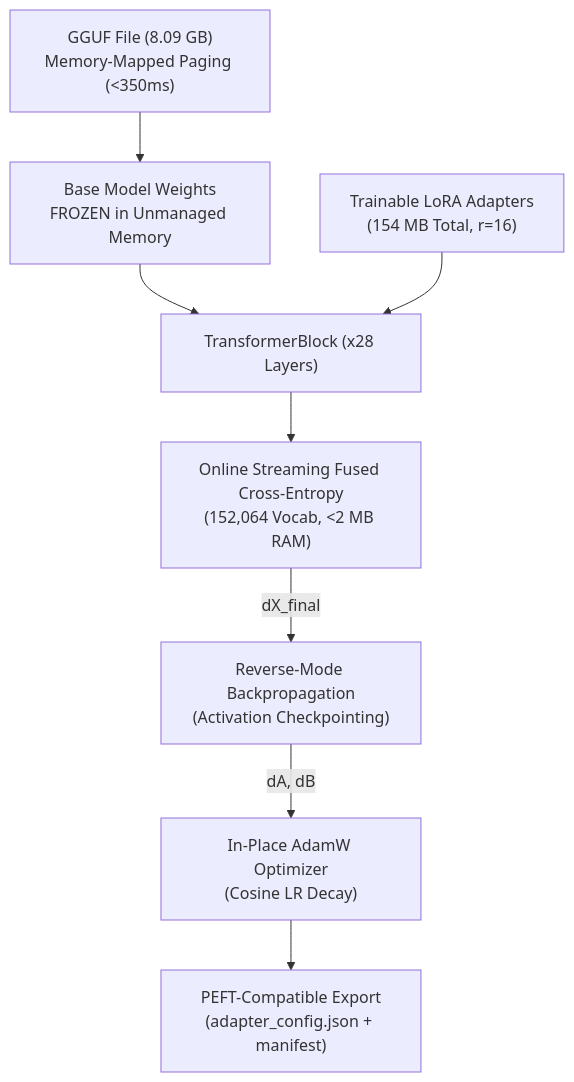
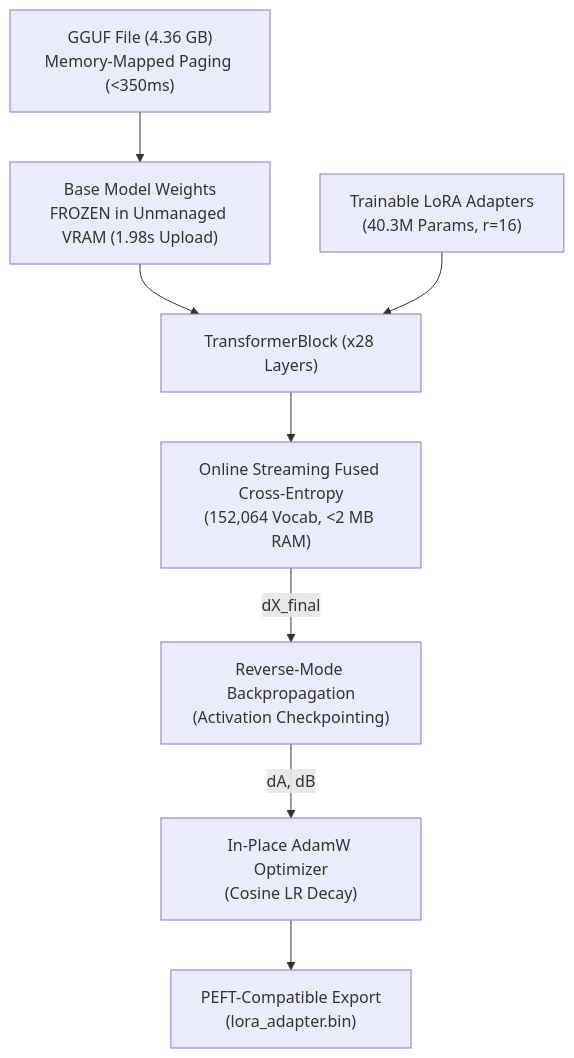
The diagram in README.md (ian-cowley/Glacier.Tune), drawn with Mermaid before and after one commit. The commit also changed other lines of this file and 13 other files, not shown here.

````diff
--- a/README.md
+++ b/README.md
@@ -55,10 +59,10 @@
 ```mermaid
 graph TD
-    A["GGUF File (8.09 GB)<br/>Memory-Mapped Paging (&lt;350ms)"] --> B["Base Model Weights<br/>FROZEN in Unmanaged Memory"]
+    A["GGUF File (4.36 GB)<br/>Memory-Mapped Paging (&lt;350ms)"] --> B["Base Model Weights<br/>FROZEN in Unmanaged VRAM (1.98s Upload)"]
     B --> C["TransformerBlock (x28 Layers)"]
-    D["Trainable LoRA Adapters<br/>(154 MB Total, r=16)"] --> C
+    D["Trainable LoRA Adapters<br/>(40.3M Params, r=16)"] --> C
     C --> E["Online Streaming Fused Cross-Entropy<br/>(152,064 Vocab, &lt;2 MB RAM)"]
     E -->|dX_final| F["Reverse-Mode Backpropagation<br/>(Activation Checkpointing)"]
     F -->|dA, dB| G["In-Place AdamW Optimizer<br/>(Cosine LR Decay)"]
-    G --> H["PEFT-Compatible Export<br/>(adapter_config.json + manifest)"]
+    G --> H["PEFT-Compatible Export<br/>(lora_adapter.bin)"]
 ```
````
